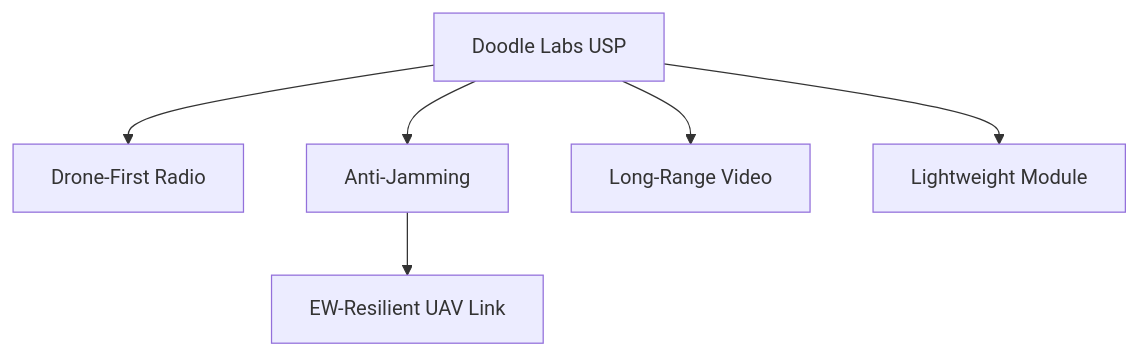
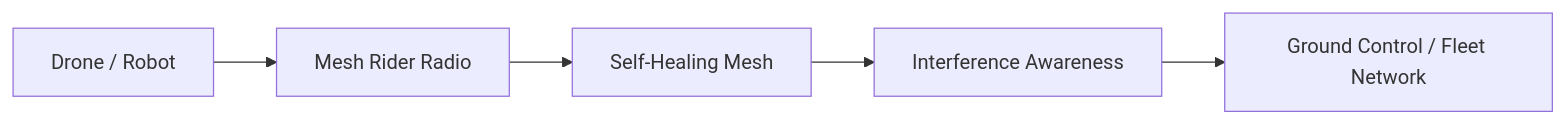
Before and after one commit to vjk7989/project-flex: the sixth of 14 diagrams in HyperLink.md, drawn with Mermaid. The commit also changed other lines of this file, not shown here.

````diff
--- a/HyperLink.md
+++ b/HyperLink.md
@@ -143,8 +353,7 @@
 ```mermaid
-flowchart TD
-    A["Doodle Labs USP"] --> B["Drone-First Radio"]
-    A --> C["Anti-Jamming"]
-    A --> D["Long-Range Video"]
-    A --> E["Lightweight Module"]
-    C --> F["EW-Resilient UAV Link"]
+flowchart LR
+    A["Drone / Robot"] --> B["Mesh Rider Radio"]
+    B --> C["Self-Healing Mesh"]
+    C --> D["Interference Awareness"]
+    D --> E["Ground Control / Fleet Network"]
 ```
````
